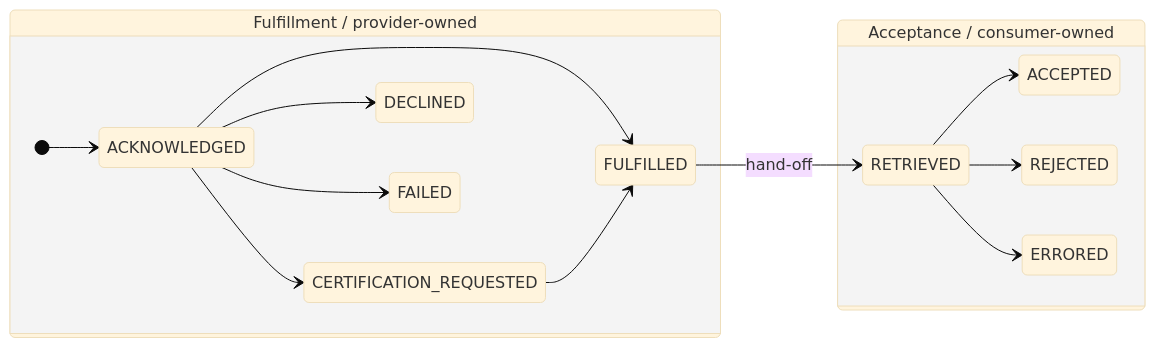
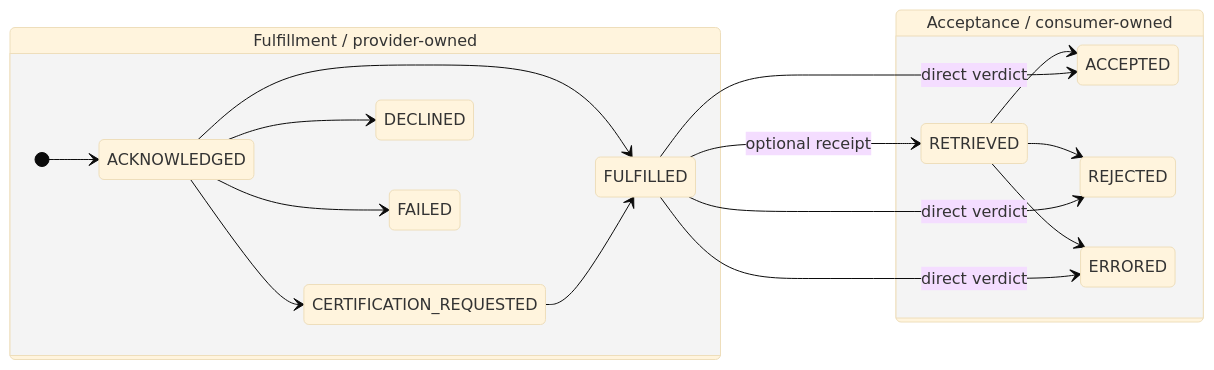
Before and after one commit to Metaform/certo: the first of 5 diagrams in docs/FLOWS.md, drawn with Mermaid (base theme). The commit also changed other lines of this file and 38 other files, not shown here.

Commit message:
feat: implement edge-case flows and simplify retrieved transition to make it optional

````diff
--- a/docs/FLOWS.md
+++ b/docs/FLOWS.md
@@ -16,18 +26,21 @@
 ```mermaid
 stateDiagram-v2
     direction LR
     state "Fulfillment / provider-owned" as F {
         [*] --> ACKNOWLEDGED
         ACKNOWLEDGED --> CERTIFICATION_REQUESTED
         ACKNOWLEDGED --> FULFILLED
         CERTIFICATION_REQUESTED --> FULFILLED
         ACKNOWLEDGED --> DECLINED
         ACKNOWLEDGED --> FAILED
     }
     state "Acceptance / consumer-owned" as A {
         RETRIEVED --> ACCEPTED
         RETRIEVED --> REJECTED
         RETRIEVED --> ERRORED
     }
-    FULFILLED --> RETRIEVED: hand-off
+    FULFILLED --> RETRIEVED: optional receipt
+    FULFILLED --> ACCEPTED: direct verdict
+    FULFILLED --> REJECTED: direct verdict
+    FULFILLED --> ERRORED: direct verdict
 ```
````
